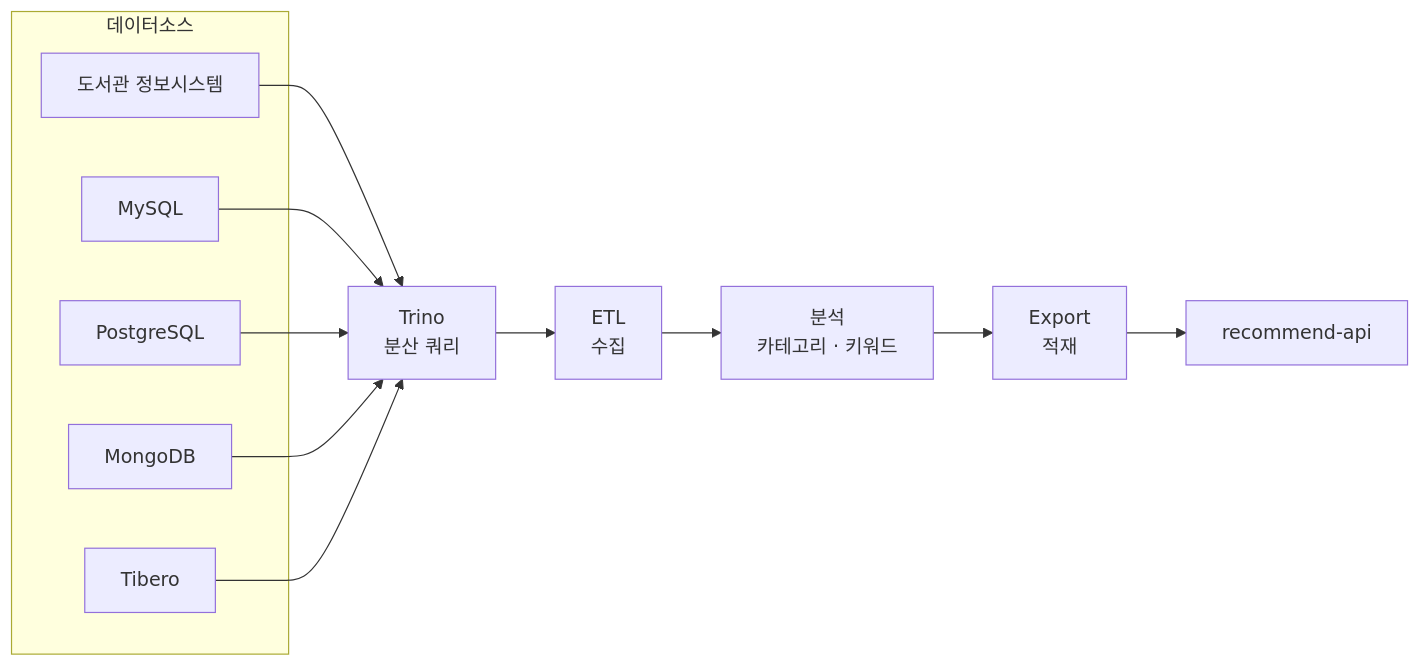
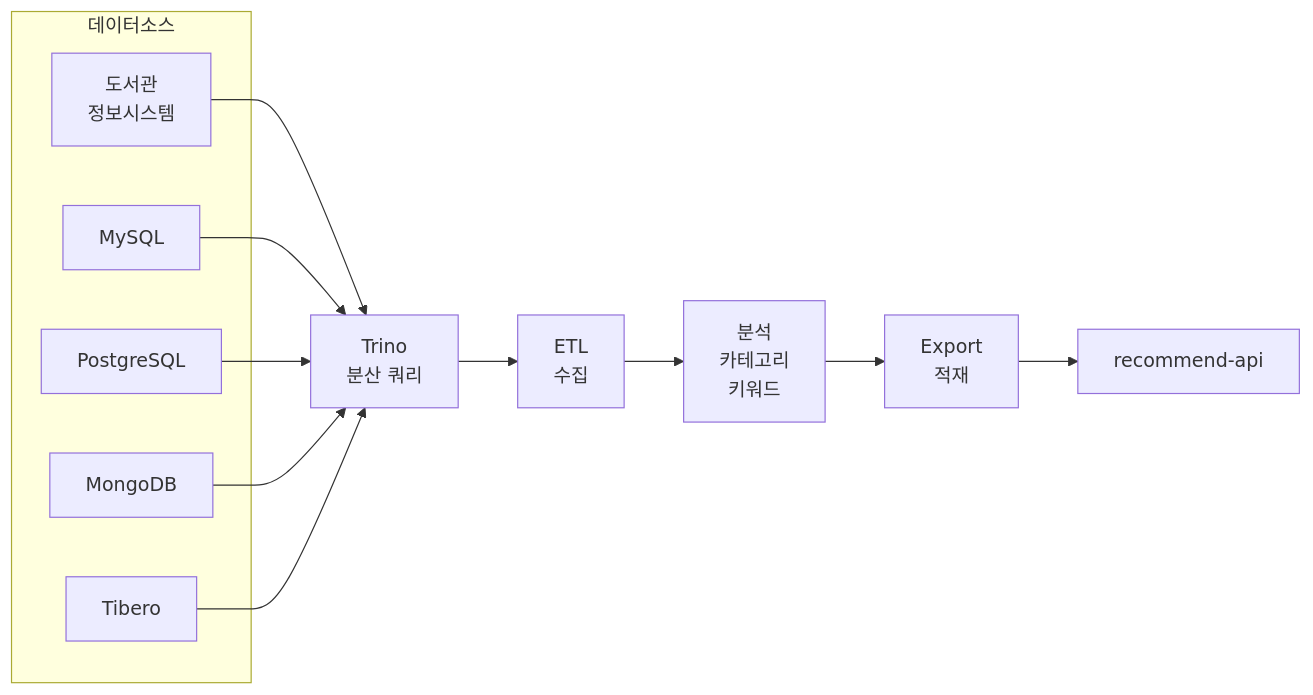
The diagram in projects/02-recommend-pipeline.md (panorama713/career-portfolio), drawn with Mermaid before and after one commit. The commit also changed 4 other files, not shown here.

First line of the commit message:
Shorten diagram label lines so Korean text does not wrap mid-word

````diff
--- a/projects/02-recommend-pipeline.md
+++ b/projects/02-recommend-pipeline.md
@@ -6,22 +6,22 @@
 ```mermaid
 flowchart LR
     subgraph 데이터소스
-        LAS["도서관 정보시스템"]
+        LAS["도서관<br/>정보시스템"]
         MySQL["MySQL"]
         PG["PostgreSQL"]
         Mongo["MongoDB"]
         Tibero["Tibero"]
     end
     Trino["Trino<br/>분산 쿼리"]
     ETL["ETL<br/>수집"]
-    ML["분석<br/>카테고리 · 키워드"]
+    ML["분석<br/>카테고리<br/>키워드"]
     Export["Export<br/>적재"]
     API["recommend-api"]
 
     LAS --> Trino
     MySQL --> Trino
     PG --> Trino
     Mongo --> Trino
     Tibero --> Trino
     Trino --> ETL --> ML --> Export --> API
 ```
````
